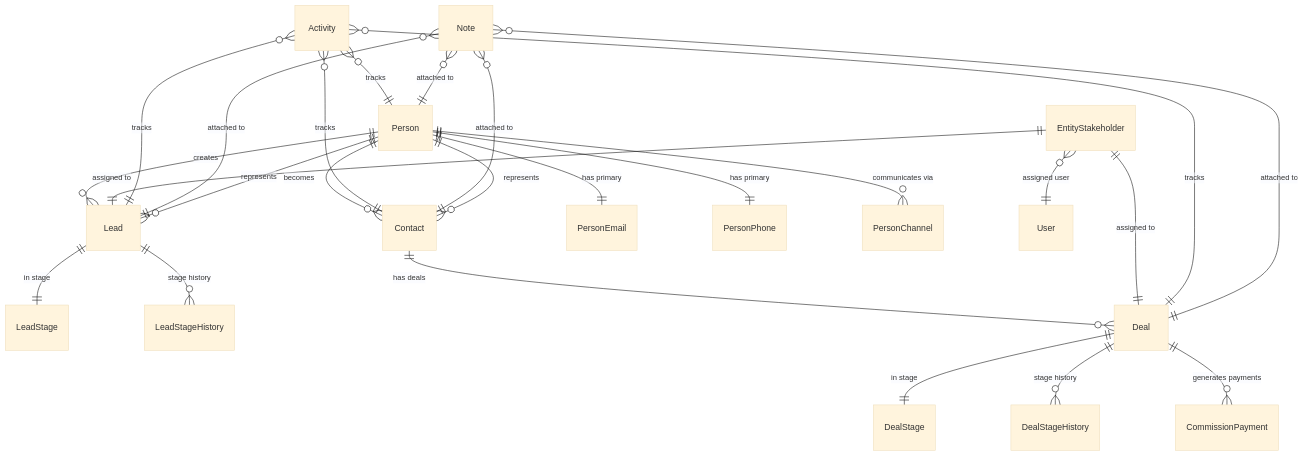
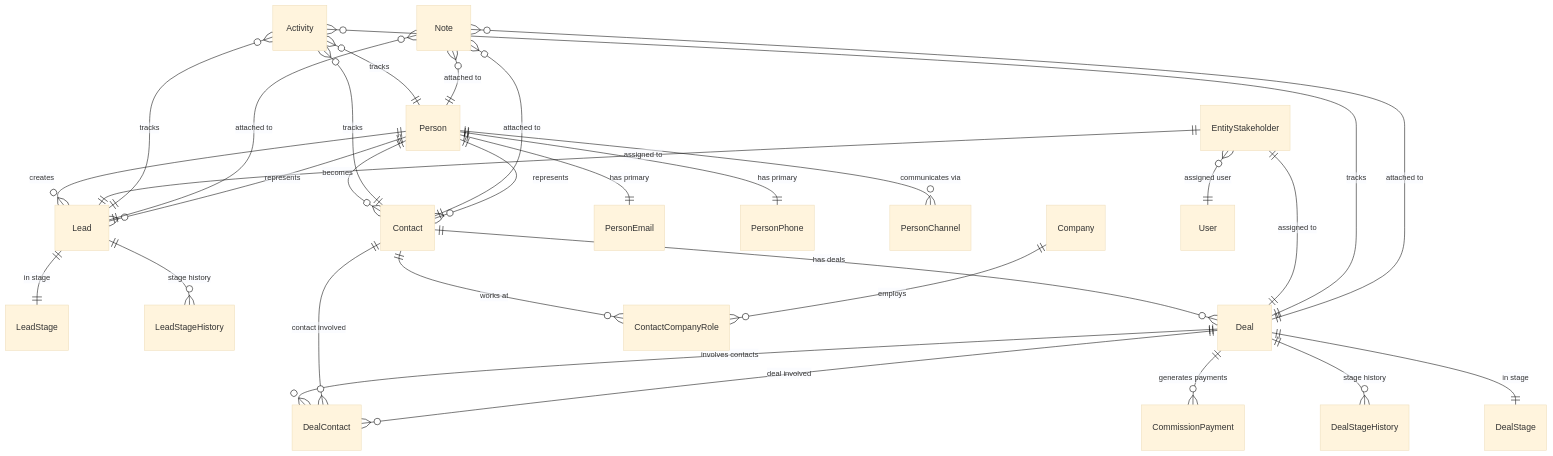
The diagram in backend/crm/stages.mdx (tech-propwise-org/docs), drawn with Mermaid (base theme) before and after one commit. The commit also changed other lines of this file and 29 other files, not shown here.

````diff
--- a/backend/crm/stages.mdx
+++ b/backend/crm/stages.mdx
@@ -741,33 +773,40 @@
 ```mermaid
 erDiagram
     Person ||--o{ Lead : "creates"
     Person ||--o{ Contact : "becomes"
     Person ||--|| PersonEmail : "has primary"
     Person ||--|| PersonPhone : "has primary"
     Person ||--o{ PersonChannel : "communicates via"
     
     Lead ||--|| LeadStage : "in stage"
     Lead ||--o{ LeadStageHistory : "stage history"
     Lead }o--|| Person : "represents"
     
     Contact ||--o{ Deal : "has deals"
     Contact }o--|| Person : "represents"
+    Contact ||--o{ ContactCompanyRole : "works at"
+    
+    Company ||--o{ ContactCompanyRole : "employs"
     
     Deal ||--|| DealStage : "in stage"
     Deal ||--o{ DealStageHistory : "stage history"
     Deal ||--o{ CommissionPayment : "generates payments"
+    Deal ||--o{ DealContact : "involves contacts"
+    
+    DealContact }o--|| Contact : "contact involved"
+    DealContact }o--|| Deal : "deal involved"
     
     EntityStakeholder ||--|| Lead : "assigned to"
     EntityStakeholder ||--|| Deal : "assigned to"
     EntityStakeholder }o--|| User : "assigned user"
     
     Activity }o--|| Lead : "tracks"
     Activity }o--|| Deal : "tracks"
     Activity }o--|| Contact : "tracks"
     Activity }o--|| Person : "tracks"
     
     Note }o--|| Lead : "attached to"
     Note }o--|| Deal : "attached to"
     Note }o--|| Contact : "attached to"
     Note }o--|| Person : "attached to"
 ```
````
